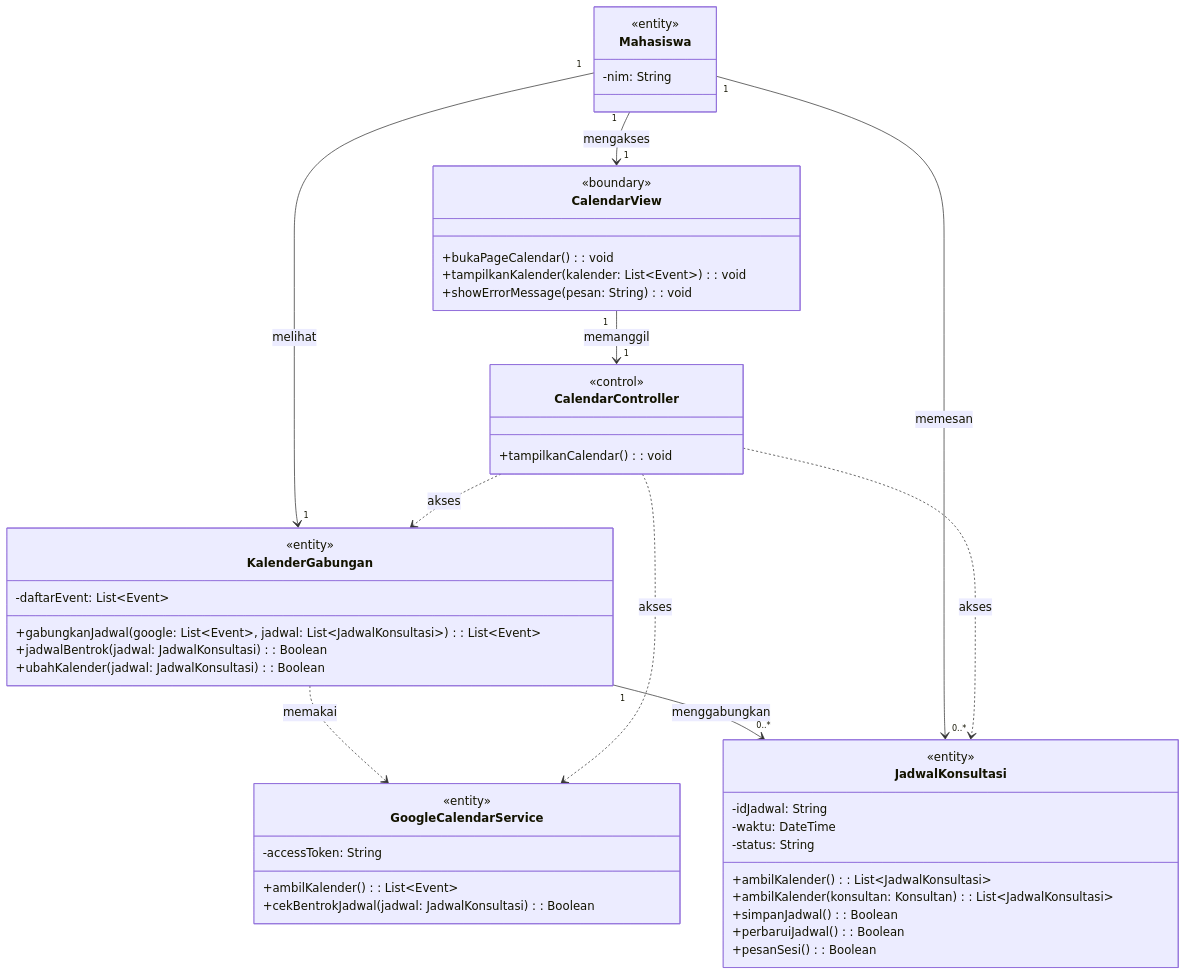
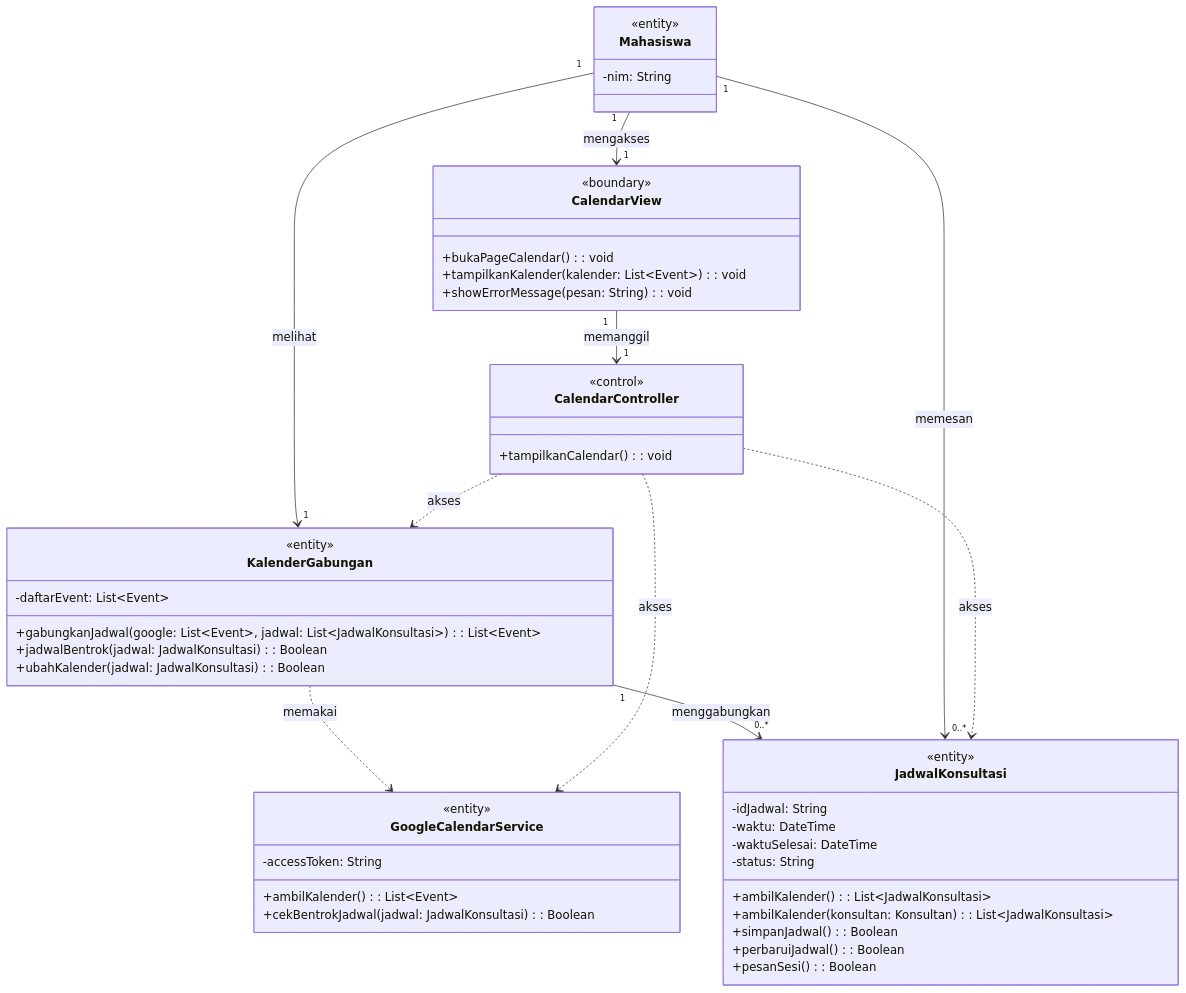
One commit to sbxte/IF2150-RPL-K01-G04 changed diagram 11 of 41 in docs/M8/K01_G04_DPPL2.md. Above: the diagram before and after it, drawn with Mermaid. The commit also changed other lines of this file, not shown here.

Commit message:
docs(M8): added schema, algorithms, class tables

````diff
--- a/docs/M8/K01_G04_DPPL2.md
+++ b/docs/M8/K01_G04_DPPL2.md
@@ -787,50 +789,51 @@
 ```mermaid
 classDiagram
     class Mahasiswa {
         <<entity>>
         -nim: String
     }
     class CalendarView {
         <<boundary>>
         +bukaPageCalendar(): void
         +tampilkanKalender(kalender: List~Event~): void
         +showErrorMessage(pesan: String): void
     }
     class CalendarController {
         <<control>>
         +tampilkanCalendar(): void
     }
     class GoogleCalendarService {
         <<entity>>
         -accessToken: String
         +ambilKalender(): List~Event~
         +cekBentrokJadwal(jadwal: JadwalKonsultasi): Boolean
     }
     class JadwalKonsultasi {
         <<entity>>
         -idJadwal: String
         -waktu: DateTime
+        -waktuSelesai: DateTime
         -status: String
         +ambilKalender(): List~JadwalKonsultasi~
         +ambilKalender(konsultan: Konsultan): List~JadwalKonsultasi~
         +simpanJadwal(): Boolean
         +perbaruiJadwal(): Boolean
         +pesanSesi(): Boolean
     }
     class KalenderGabungan {
         <<entity>>
         -daftarEvent: List~Event~
         +gabungkanJadwal(google: List~Event~, jadwal: List~JadwalKonsultasi~): List~Event~
         +jadwalBentrok(jadwal: JadwalKonsultasi): Boolean
         +ubahKalender(jadwal: JadwalKonsultasi): Boolean
     }
     Mahasiswa "1" --> "1" KalenderGabungan : melihat
     KalenderGabungan ..> GoogleCalendarService : memakai
     KalenderGabungan "1" --> "0..*" JadwalKonsultasi : menggabungkan
     Mahasiswa "1" --> "0..*" JadwalKonsultasi : memesan
     Mahasiswa "1" --> "1" CalendarView : mengakses
     CalendarView "1" --> "1" CalendarController : memanggil
     CalendarController ..> GoogleCalendarService : akses
     CalendarController ..> JadwalKonsultasi : akses
     CalendarController ..> KalenderGabungan : akses
 ```
````
